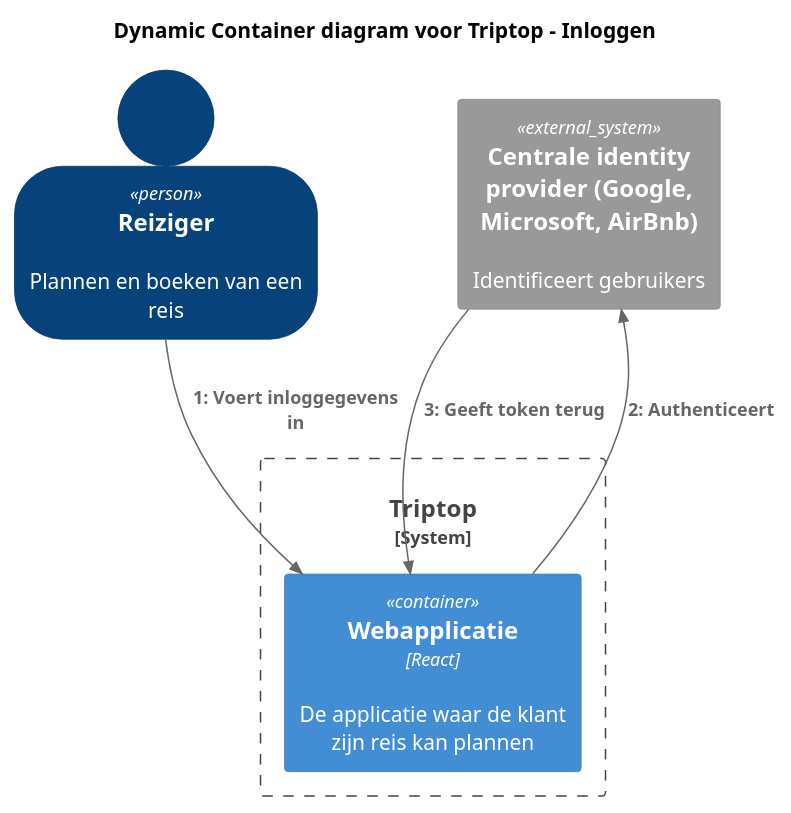
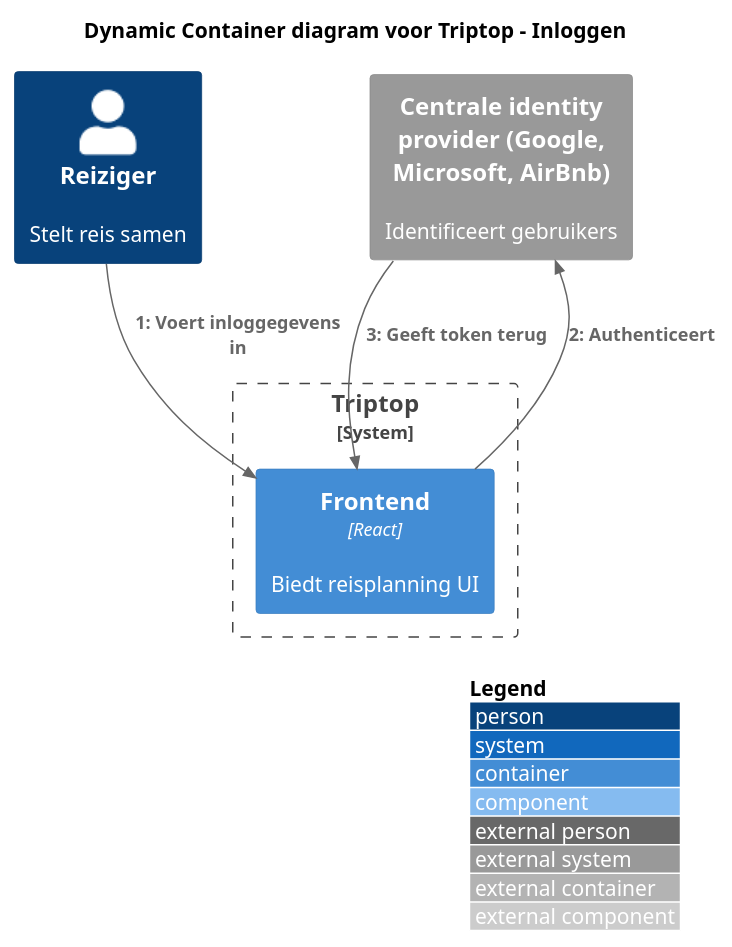
Before and after one commit to AIM-ENE-feb25/triptop-groep-tweeeeeeeeeeeeeeeeeeeeee: the diagram in c4 Dynamische container diagram inloggen.puml, drawn with PlantUML. The commit also changed 16 other files, not shown here.

```diff
--- a/c4 Dynamische container diagram inloggen.puml
+++ b/c4 Dynamische container diagram inloggen.puml
@@ -1,20 +1,20 @@
 @startuml
 !include https://raw.githubusercontent.com/plantuml-stdlib/C4-PlantUML/master/C4_Dynamic.puml
 
 title Dynamic Container diagram voor Triptop - Inloggen
-SHOW_PERSON_OUTLINE()
-LAYOUT_TOP_DOWN()
 
-Person(Reiziger, "Reiziger", "Plannen en boeken van een reis")
+Person(reiziger, "Reiziger", "Stelt reis samen")
 
-System_Boundary(s1, Triptop){
-Container(webApp,"Webapplicatie","React", "De applicatie waar de klant zijn reis kan plannen")
+System_Boundary(triptop_system, "Triptop") {
+  Container(frontend, "Frontend", "React", "Biedt reisplanning UI")
 }
 
 System_Ext(centrale_identity_provider, "Centrale identity provider (Google, Microsoft, AirBnb)", "Identificeert gebruikers")
 
+Rel_D(reiziger, frontend, "Voert inloggegevens in")
+Rel_D(frontend, centrale_identity_provider, "Authenticeert")
+Rel_D(centrale_identity_provider, frontend, "Geeft token terug")
 
-Rel(Reiziger, webApp, "Voert inloggegevens in")
-Rel(webApp, centrale_identity_provider, "Authenticeert")
-Rel(centrale_identity_provider,webApp, "Geeft token terug")
+LAYOUT_WITH_LEGEND()
+
 @enduml
```
